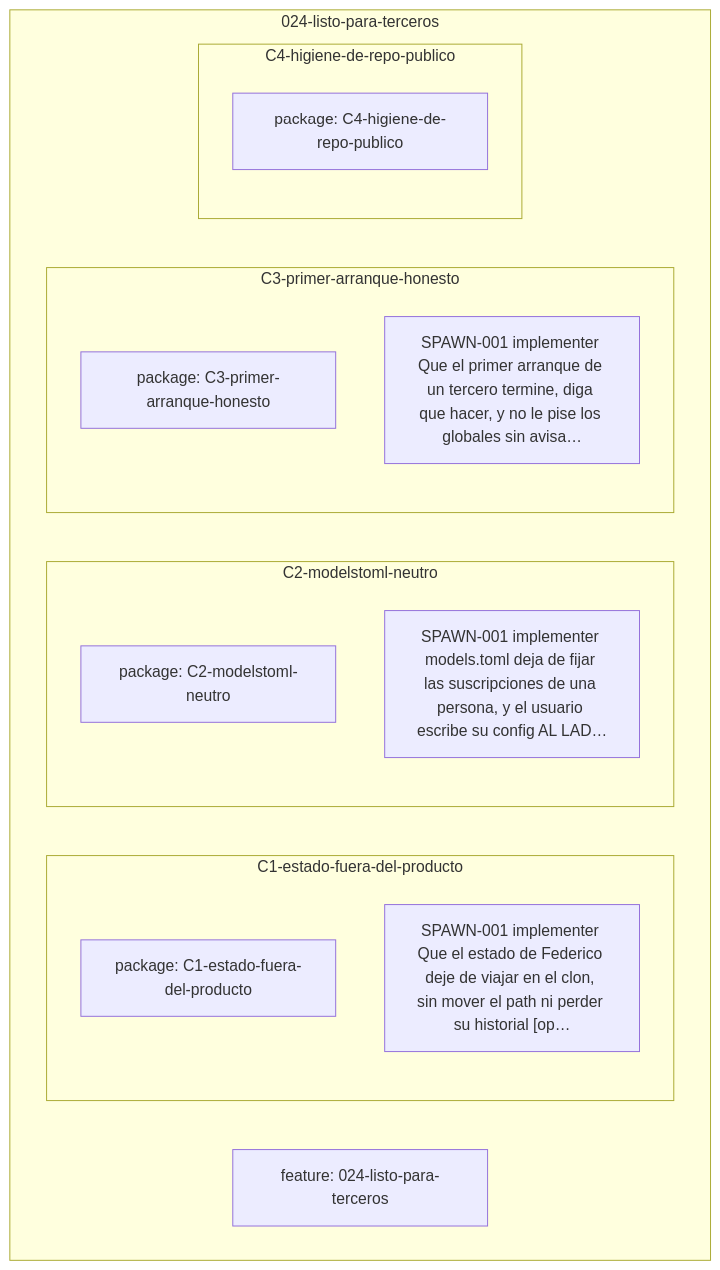
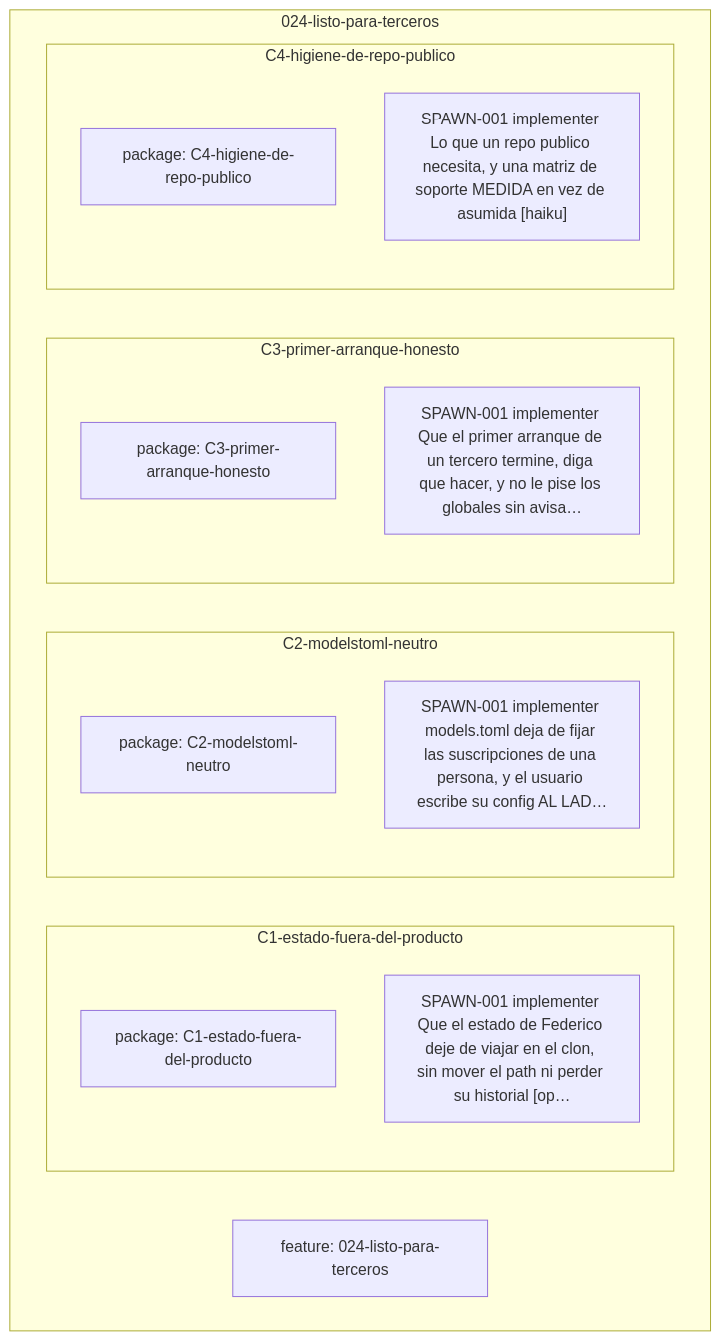
One commit to federico0330/set-agents changed the diagram in docs/notas/features/024-listo-para-terceros/grafo.md. Above: the diagram before and after it, drawn with Mermaid. The commit also changed 18 other files, not shown here.

````diff
--- a/docs/notas/features/024-listo-para-terceros/grafo.md
+++ b/docs/notas/features/024-listo-para-terceros/grafo.md
@@ -4,21 +4,22 @@
 ```mermaid
 flowchart TD
 subgraph sg_024_listo_para_terceros["024-listo-para-terceros"]
   feature_024_listo_para_terceros_1["feature: 024-listo-para-terceros"]
   subgraph sg_024_listo_para_terceros_c1_estado_fuera_del_producto["C1-estado-fuera-del-producto"]
     package_024_listo_para_terceros_c1_estado_fuera_del_producto_1["package: C1-estado-fuera-del-producto"]
     spawn_024_listo_para_terceros_c1_estado_fuera_del_producto_1["SPAWN-001 implementer Que el estado de Federico deje de viajar en el clon, sin mover el path ni perder su historial #91;op…"]
   end
   subgraph sg_024_listo_para_terceros_c2_modelstoml_neutro["C2-modelstoml-neutro"]
     package_024_listo_para_terceros_c2_modelstoml_neutro_1["package: C2-modelstoml-neutro"]
     spawn_024_listo_para_terceros_c2_modelstoml_neutro_1["SPAWN-001 implementer models.toml deja de fijar las suscripciones de una persona, y el usuario escribe su config AL LAD…"]
   end
   subgraph sg_024_listo_para_terceros_c3_primer_arranque_honesto["C3-primer-arranque-honesto"]
     package_024_listo_para_terceros_c3_primer_arranque_honesto_1["package: C3-primer-arranque-honesto"]
     spawn_024_listo_para_terceros_c3_primer_arranque_honesto_1["SPAWN-001 implementer Que el primer arranque de un tercero termine, diga que hacer, y no le pise los globales sin avisa…"]
   end
   subgraph sg_024_listo_para_terceros_c4_higiene_de_repo_publico["C4-higiene-de-repo-publico"]
     package_024_listo_para_terceros_c4_higiene_de_repo_publico_1["package: C4-higiene-de-repo-publico"]
+    spawn_024_listo_para_terceros_c4_higiene_de_repo_publico_1["SPAWN-001 implementer Lo que un repo publico necesita, y una matriz de soporte MEDIDA en vez de asumida #91;haiku#93;"]
   end
 end
 ```
````
